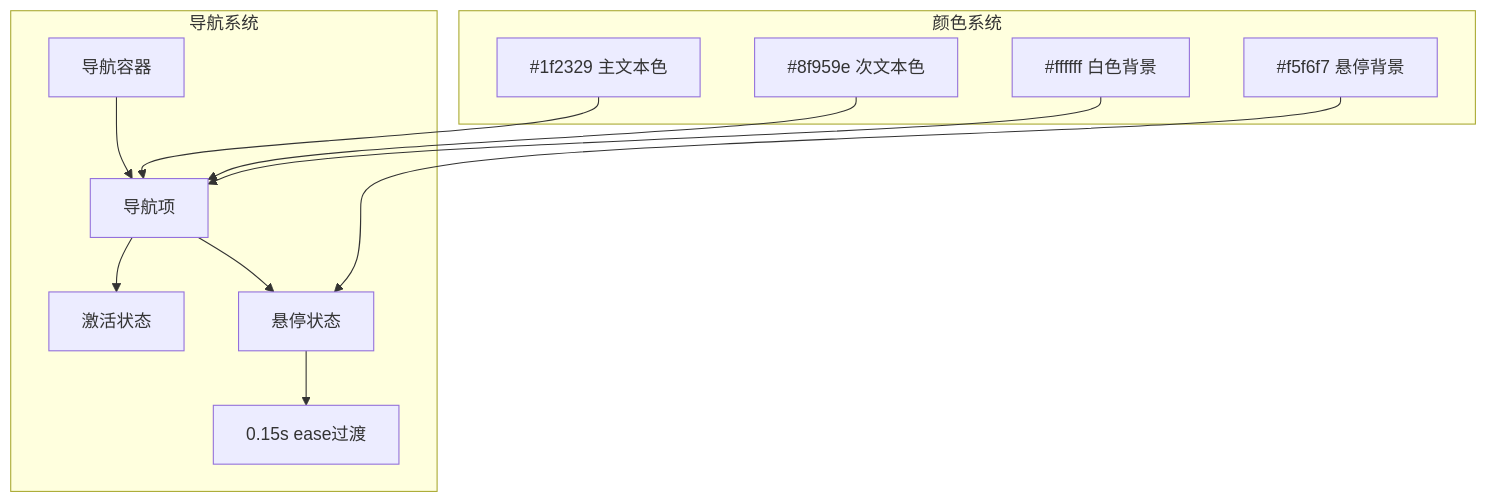
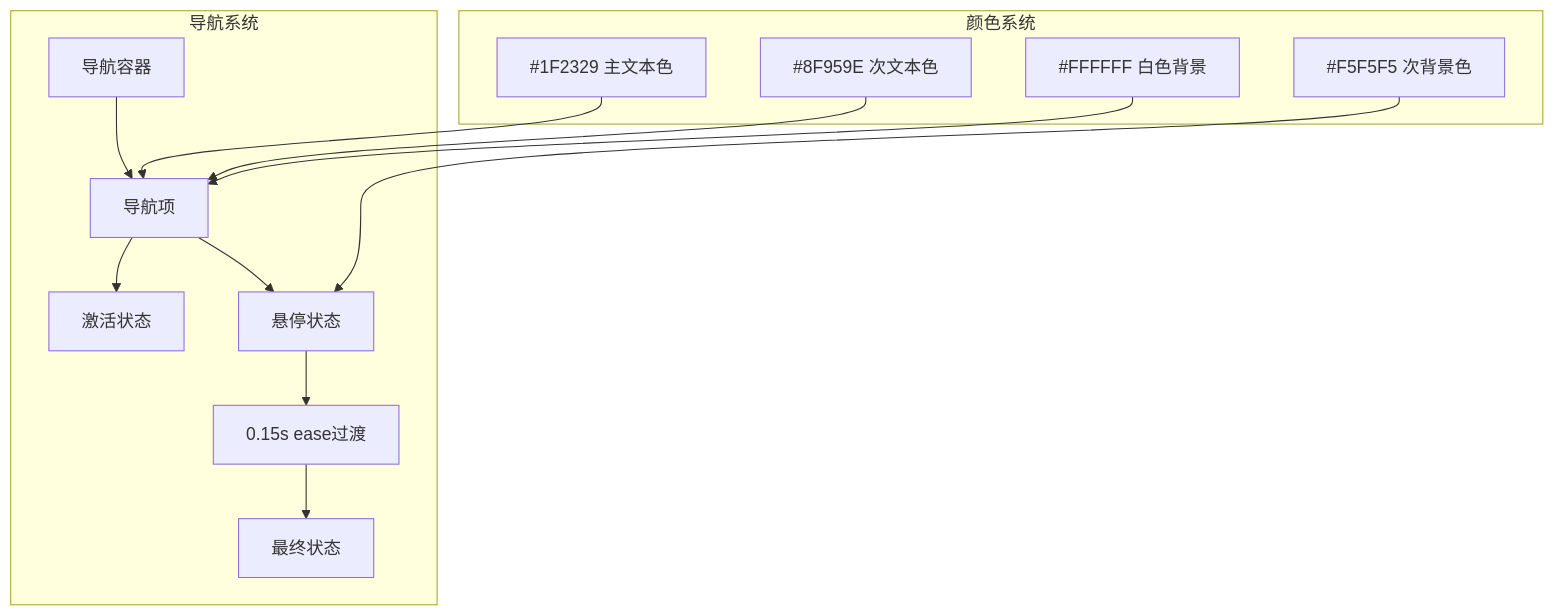
Before and after one commit to terwer/siyuan-plugin-publisher: the seventh of 11 diagrams in .qoder/repowiki/zh/content/用户界面组件/UI V2 设计原则.md, drawn with Mermaid. The commit also changed other lines of this file and 27 other files, not shown here.

````diff
--- a/.qoder/repowiki/zh/content/用户界面组件/UI V2 设计原则.md
+++ b/.qoder/repowiki/zh/content/用户界面组件/UI V2 设计原则.md
@@ -273,24 +276,26 @@
 ```mermaid
 graph TB
 subgraph "导航系统"
 NavContainer[导航容器]
 NavItem[导航项]
 ActiveState[激活状态]
 HoverState[悬停状态]
 Transition[0.15s ease过渡]
+EndState[最终状态]
 end
 subgraph "颜色系统"
-TextColor1[#1f2329 主文本色]
-TextColor2[#8f959e 次文本色]
-BgColor1[#ffffff 白色背景]
-BgColor2[#f5f6f7 悬停背景]
+TextColor1[#1F2329 主文本色]
+TextColor2[#8F959E 次文本色]
+BgColor1[#FFFFFF 白色背景]
+BgColor2[#F5F5F5 次背景色]
 end
 NavContainer --> NavItem
 NavItem --> ActiveState
 NavItem --> HoverState
 HoverState --> Transition
+Transition --> EndState
 TextColor1 --> NavItem
 TextColor2 --> NavItem
 BgColor1 --> NavItem
 BgColor2 --> HoverState
 ```
````
